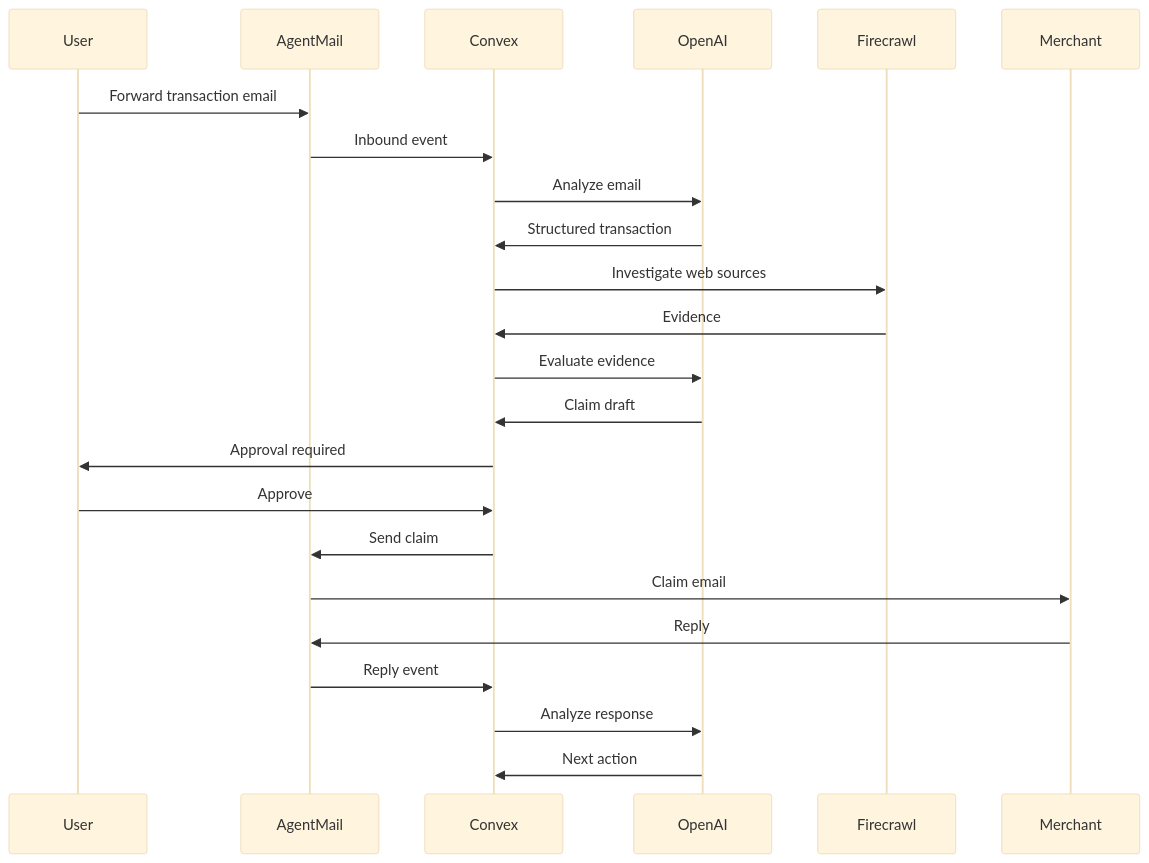
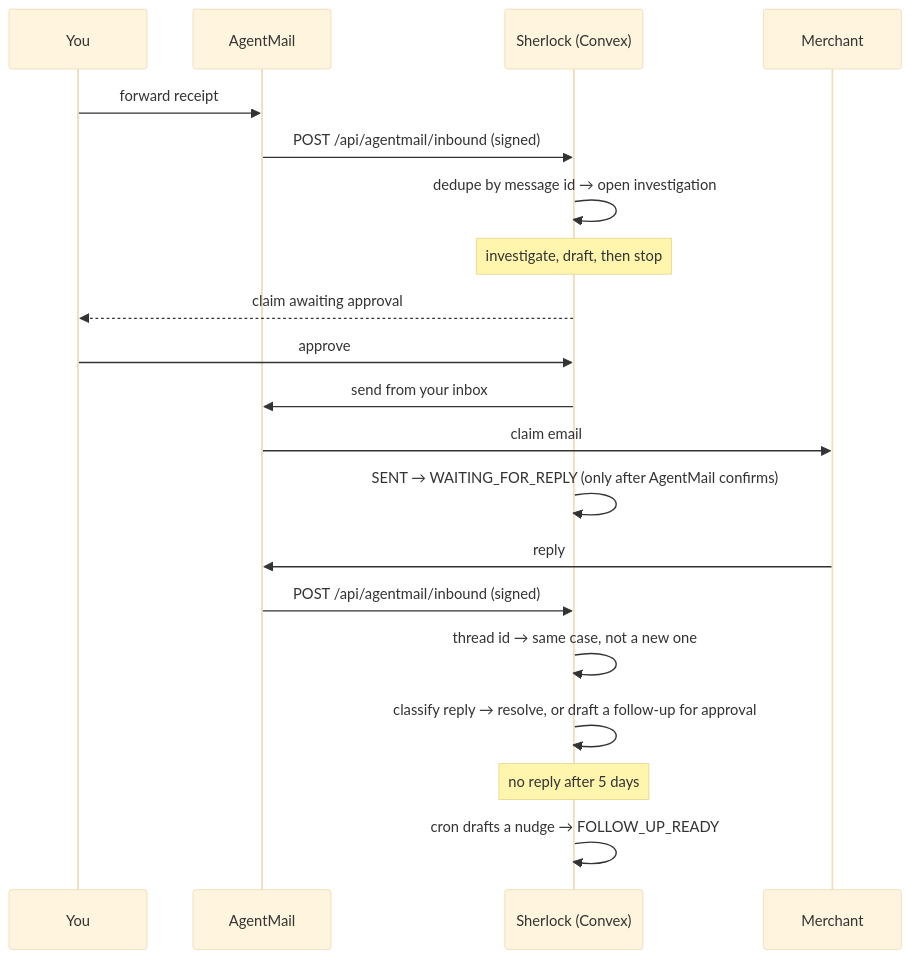
The fourth of 5 diagrams in README.md (Aaditya1273/Sherlock), drawn with Mermaid (base theme) before and after one commit. The commit also changed other lines of this file and 2 other files, not shown here.

````diff
--- a/README.md
+++ b/README.md
@@ -521,26 +207,26 @@
 ```mermaid
 sequenceDiagram
-    participant U as User
+    participant U as You
     participant AM as AgentMail
-    participant C as Convex
-    participant O as OpenAI
-    participant F as Firecrawl
+    participant S as Sherlock (Convex)
     participant M as Merchant
 
-    U->>AM: Forward transaction email
-    AM->>C: Inbound event
-    C->>O: Analyze email
-    O->>C: Structured transaction
-    C->>F: Investigate web sources
-    F->>C: Evidence
-    C->>O: Evaluate evidence
-    O->>C: Claim draft
-    C->>U: Approval required
-    U->>C: Approve
-    C->>AM: Send claim
-    AM->>M: Claim email
-    M->>AM: Reply
-    AM->>C: Reply event
-    C->>O: Analyze response
-    O->>C: Next action
+    U->>AM: forward receipt
+    AM->>S: POST /api/agentmail/inbound (signed)
+    S->>S: dedupe by message id → open investigation
+    Note over S: investigate, draft, then stop
+
+    S-->>U: claim awaiting approval
+    U->>S: approve
+    S->>AM: send from your inbox
+    AM->>M: claim email
+    S->>S: SENT → WAITING_FOR_REPLY (only after AgentMail confirms)
+
+    M->>AM: reply
+    AM->>S: POST /api/agentmail/inbound (signed)
+    S->>S: thread id → same case, not a new one
+    S->>S: classify reply → resolve, or draft a follow-up for approval
+
+    Note over S: no reply after 5 days
+    S->>S: cron drafts a nudge → FOLLOW_UP_READY
 ```
````
